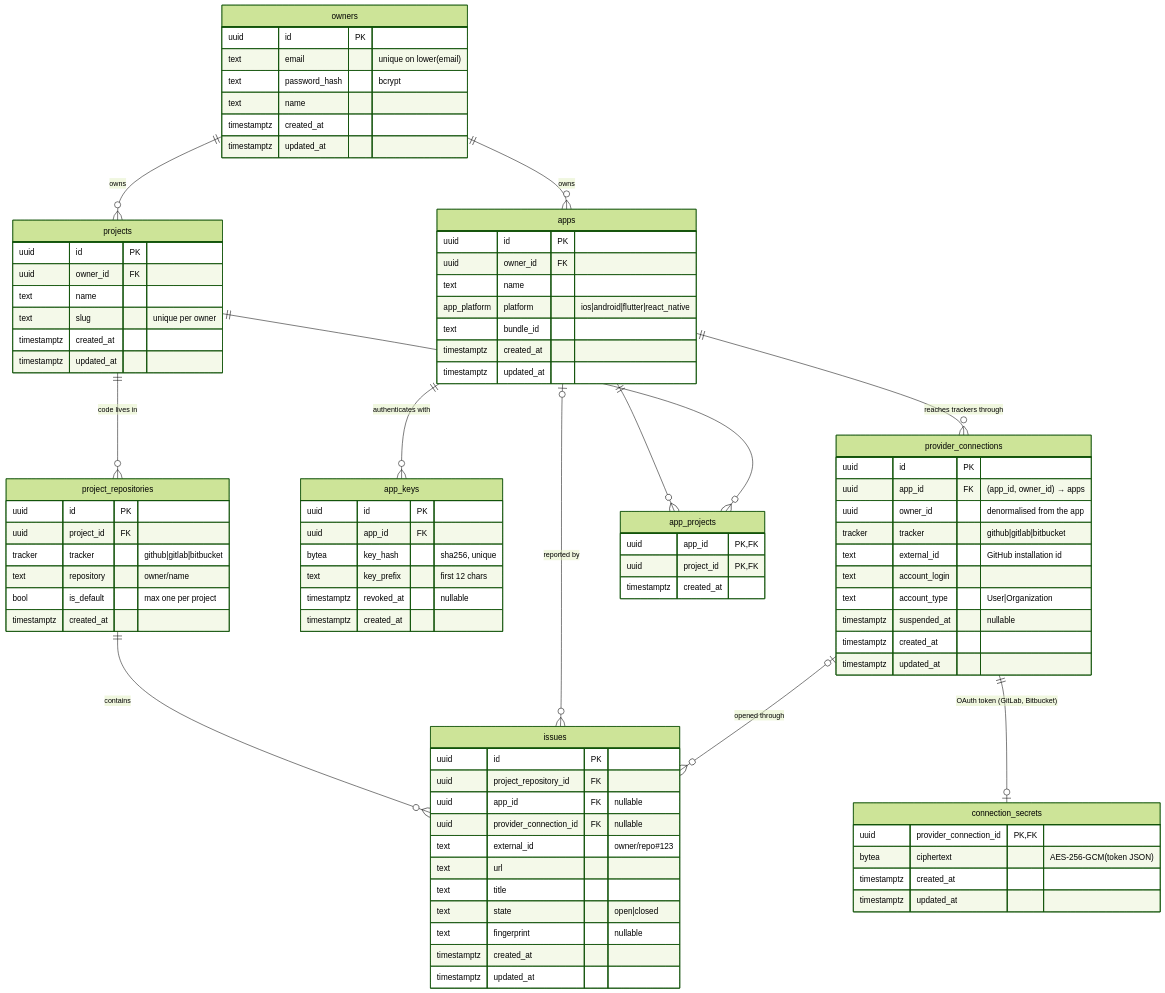
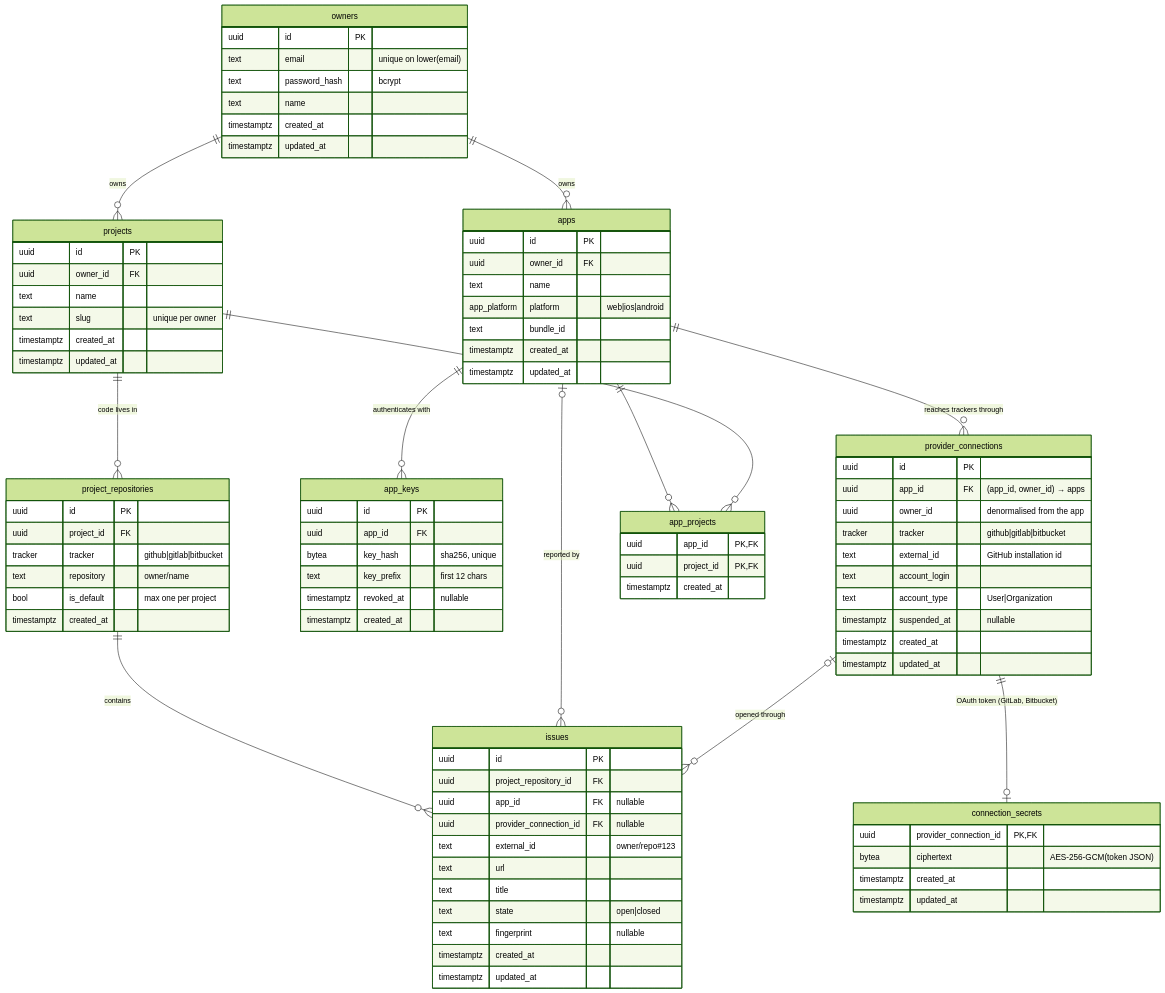
One commit to MicroClub-USTHB/m-Seismo changed the diagram in backend/docs/data-model.md. Above: the diagram before and after it, drawn with Mermaid (forest theme). The commit also changed other lines of this file and 4 other files, not shown here.

First line of the commit message:
feat(backend): simplify app platforms to web, ios, android

```diff
--- a/backend/docs/data-model.md
+++ b/backend/docs/data-model.md
@@ -62,7 +62,7 @@
         uuid id PK
         uuid owner_id FK
         text name
-        app_platform platform "ios|android|flutter|react_native"
+        app_platform platform "web|ios|android"
         text bundle_id
         timestamptz created_at
         timestamptz updated_at
```
